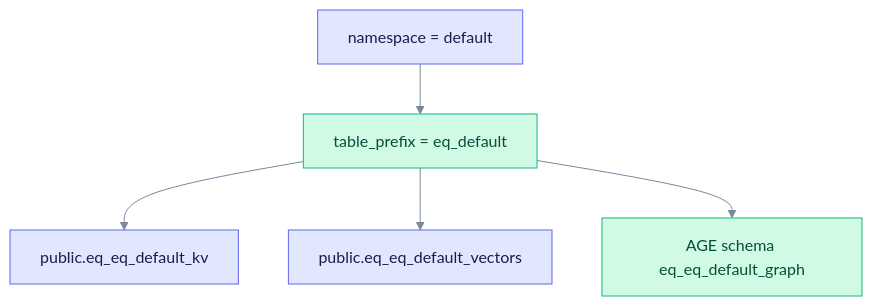
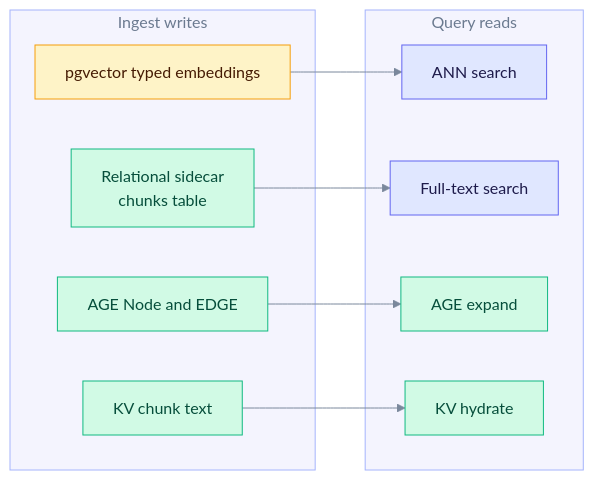
Before and after one commit to raphaelmansuy/edgequake: the second of 7 diagrams in docs/deep-dives/data-layer.md, drawn with Mermaid. The commit also changed other lines of this file and 194 other files, not shown here.

First line of the commit message:
Refresh docs against code and rebuild schema E/R as progressive steps

````diff
--- a/docs/deep-dives/data-layer.md
+++ b/docs/deep-dives/data-layer.md
@@ -169,17 +70,26 @@
 ```mermaid
 %%{init: {"theme":"base","themeVariables":{"primaryColor":"#E0E7FF","primaryBorderColor":"#6366F1","primaryTextColor":"#1E1B4B","secondaryColor":"#D1FAE5","secondaryBorderColor":"#10B981","secondaryTextColor":"#064E3B","tertiaryColor":"#FEF3C7","tertiaryBorderColor":"#F59E0B","tertiaryTextColor":"#6B7A90","lineColor":"#7A889C","clusterBkg":"rgba(99,102,241,0.07)","clusterBorder":"#A5B4FC","noteBkgColor":"#FEF9C3","noteTextColor":"#422006","textColor":"#6B7A90","titleColor":"#6B7A90","signalColor":"#7A889C","signalTextColor":"#6B7A90","loopTextColor":"#6B7A90","edgeLabelBackground":"#F1F5F9","actorLineColor":"#94A3B8"}}}%%
 %% eq-theme:v1
-flowchart TB
-  ns["namespace = default"]
-  prefix["table_prefix = eq_default"]
-  kv["public.eq_eq_default_kv"]
-  vec["public.eq_eq_default_vectors"]
-  ageGraph["AGE schema eq_eq_default_graph"]
-  ns --> prefix
-  prefix --> kv
-  prefix --> vec
-  prefix --> ageGraph
+flowchart LR
+  subgraph writes ["Ingest writes"]
+    kv["KV chunk text"]
+    vec["pgvector typed embeddings"]
+    age["AGE Node and EDGE"]
+    rel["Relational sidecar<br/>chunks table"]
+  end
+  subgraph reads ["Query reads"]
+    ann["ANN search"]
+    fts["Full-text search"]
+    expand["AGE expand"]
+    hydrate["KV hydrate"]
+  end
+  vec --> ann
+  rel --> fts
+  age --> expand
+  kv --> hydrate
 %% eq-classes
 classDef eqStore fill:#D1FAE5,stroke:#10B981,color:#064E3B
-class prefix,ageGraph eqStore
+classDef eqLlm fill:#FEF3C7,stroke:#F59E0B,color:#451A03
+class kv,age,rel,expand,hydrate eqStore
+class vec eqLlm
 ```
````
